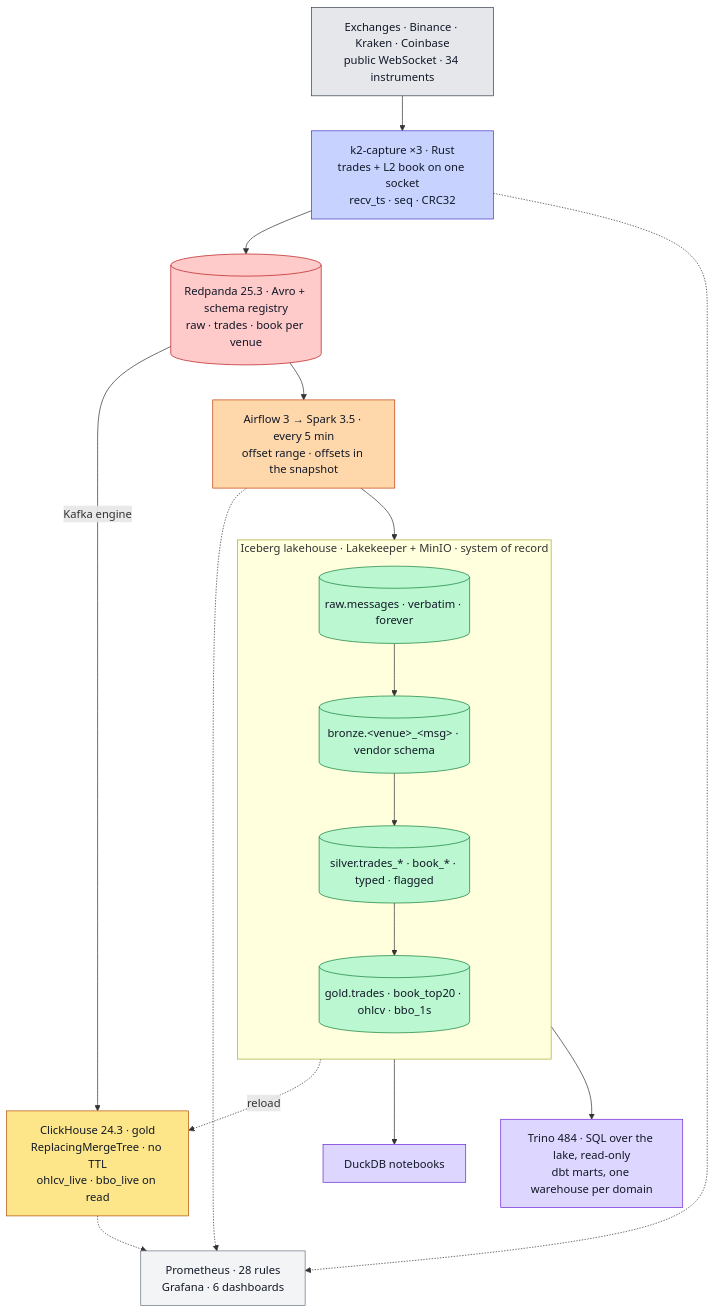
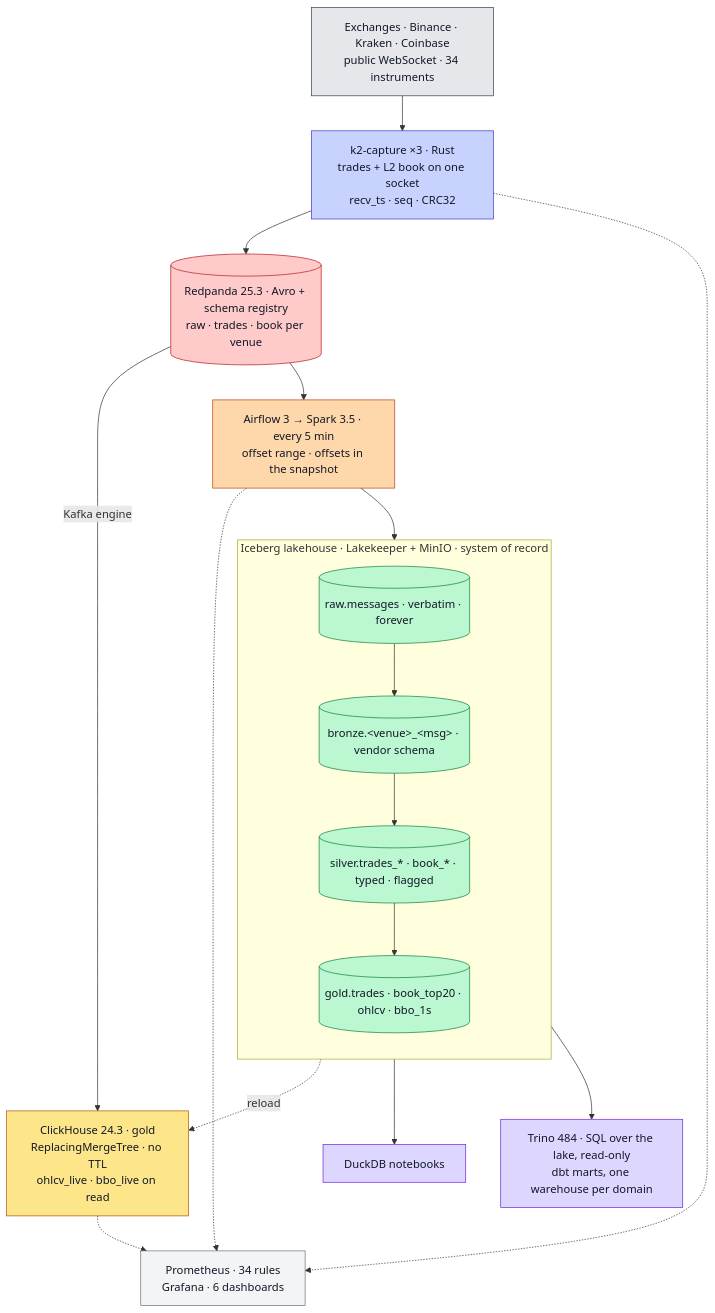
Before and after one commit to rjdscott/k2-market-data-platform: the diagram in README.md, drawn with Mermaid. The commit also changed other lines of this file and 64 other files, not shown here.

````diff
--- a/README.md
+++ b/README.md
@@ -56,36 +56,36 @@
 ```mermaid
 flowchart TB
   E["Exchanges · Binance · Kraken · Coinbase<br/>public WebSocket · 34 instruments"]:::ex
   F["k2-capture ×3 · Rust<br/>trades + L2 book on one socket<br/>recv_ts · seq · CRC32"]:::rs
   R[("Redpanda 25.3 · Avro + schema registry<br/>raw · trades · book per venue")]:::rp
   C["ClickHouse 24.3 · gold<br/>ReplacingMergeTree · no TTL<br/>ohlcv_live · bbo_live on read"]:::ch
   S["Airflow 3 → Spark 3.5 · every 5 min<br/>offset range · offsets in the snapshot"]:::sp
   subgraph L["Iceberg lakehouse · Lakekeeper + MinIO · system of record"]
     direction TB
     RAW[("raw.messages · verbatim · forever")]:::lk
     BR[("bronze.&lt;venue&gt;_&lt;msg&gt; · vendor schema")]:::lk
     SV[("silver.trades_* · book_* · typed · flagged")]:::lk
     GD[("gold.trades · book_top20 · ohlcv · bbo_1s")]:::lk
     RAW --> BR --> SV --> GD
   end
   N["DuckDB notebooks"]:::nb
   T["Trino 484 · SQL over the lake, read-only<br/>dbt marts, one warehouse per domain"]:::nb
-  O["Prometheus · 28 rules<br/>Grafana · 6 dashboards"]:::ob
+  O["Prometheus · 34 rules<br/>Grafana · 6 dashboards"]:::ob
 
   E --> F --> R
   R -->|Kafka engine| C
   R --> S --> RAW
   GD -.->|reload| C
   GD --> N
   L --> T
   F & S & C -.-> O
 
   classDef ex fill:#e5e7eb,stroke:#374151,color:#111827
   classDef rs fill:#c7d2fe,stroke:#4338ca,color:#111827
   classDef rp fill:#fecaca,stroke:#b91c1c,color:#111827
   classDef lk fill:#bbf7d0,stroke:#15803d,color:#111827
   classDef sp fill:#fed7aa,stroke:#c2410c,color:#111827
   classDef ch fill:#fde68a,stroke:#b45309,color:#111827
   classDef nb fill:#ddd6fe,stroke:#6d28d9,color:#111827
   classDef ob fill:#f3f4f6,stroke:#6b7280,color:#111827
 ```
````
